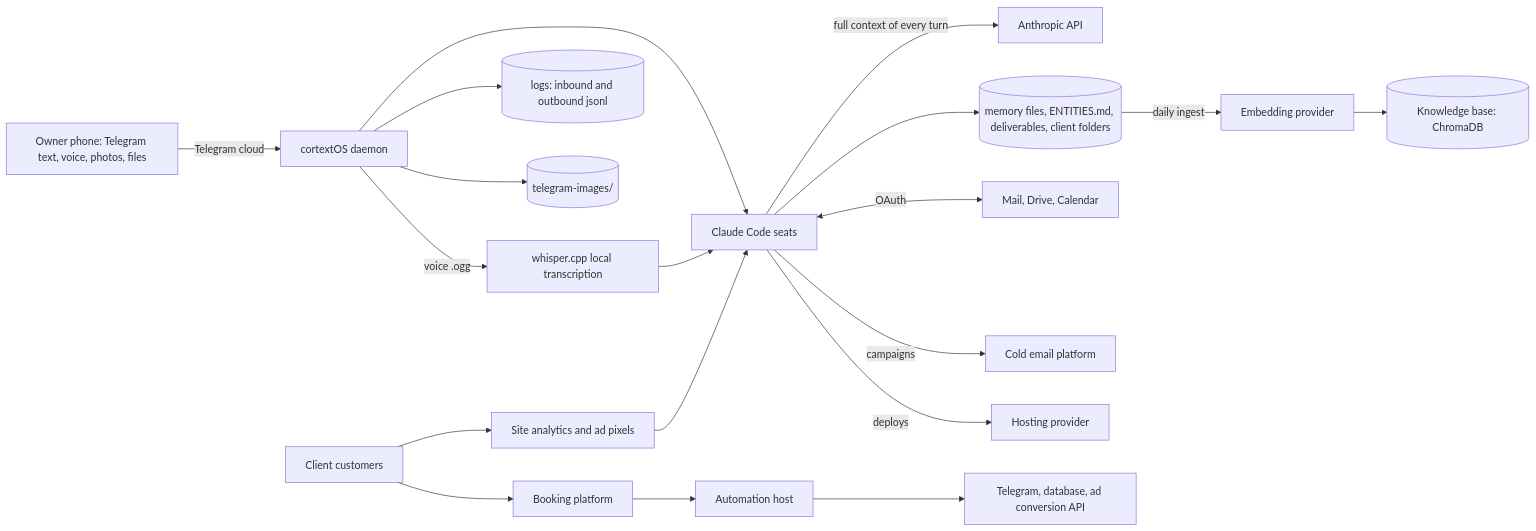
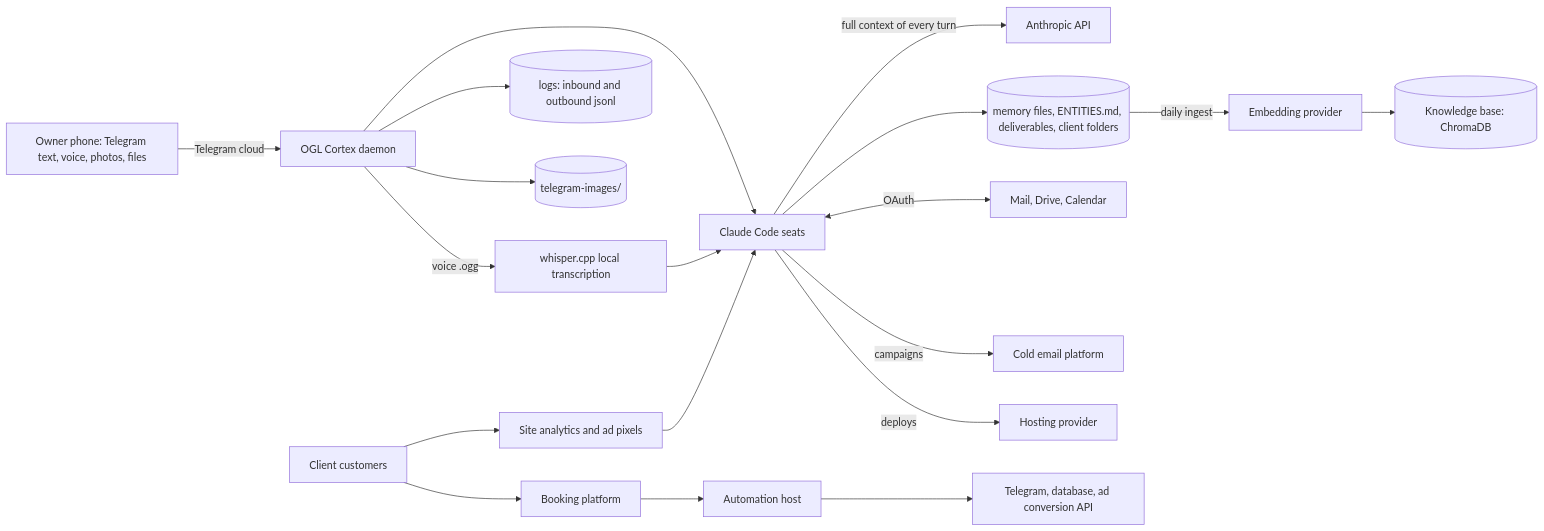
One commit to nicoreincarnate-oss/ogl-cortex changed the diagram in docs/12-data-privacy-compliance.md. Above: the diagram before and after it, drawn with Mermaid. The commit also changed other lines of this file and 88 other files, not shown here.

First line of the commit message:
Rename to OGL Cortex, memory architecture doc, harness tools, path consistency

````diff
--- a/docs/12-data-privacy-compliance.md
+++ b/docs/12-data-privacy-compliance.md
@@ -19,19 +19,19 @@
 ```mermaid
 flowchart LR
-  N["Owner phone: Telegram text, voice, photos, files"] -->|Telegram cloud| D[cortextOS daemon]
+  N["Owner phone: Telegram text, voice, photos, files"] -->|Telegram cloud| D[OGL Cortex daemon]
   D -->|"voice .ogg"| W[whisper.cpp local transcription]
   D --> L[("logs: inbound and outbound jsonl")]
   D --> TI[("telegram-images/")]
   D --> S[Claude Code seats]
   W --> S
   S -->|"full context of every turn"| A[Anthropic API]
   S --> M[("memory files, ENTITIES.md, deliverables, client folders")]
   M -->|daily ingest| G[Embedding provider]
   G --> KB[("Knowledge base: ChromaDB")]
   S <-->|OAuth| GW["Mail, Drive, Calendar"]
   S -->|campaigns| CE[Cold email platform]
   S -->|deploys| V[Hosting provider]
   BK[Client customers] --> BP[Booking platform] --> AU[Automation host] --> TG["Telegram, database, ad conversion API"]
   BK --> AN["Site analytics and ad pixels"]
   AN --> S
 ```
````
